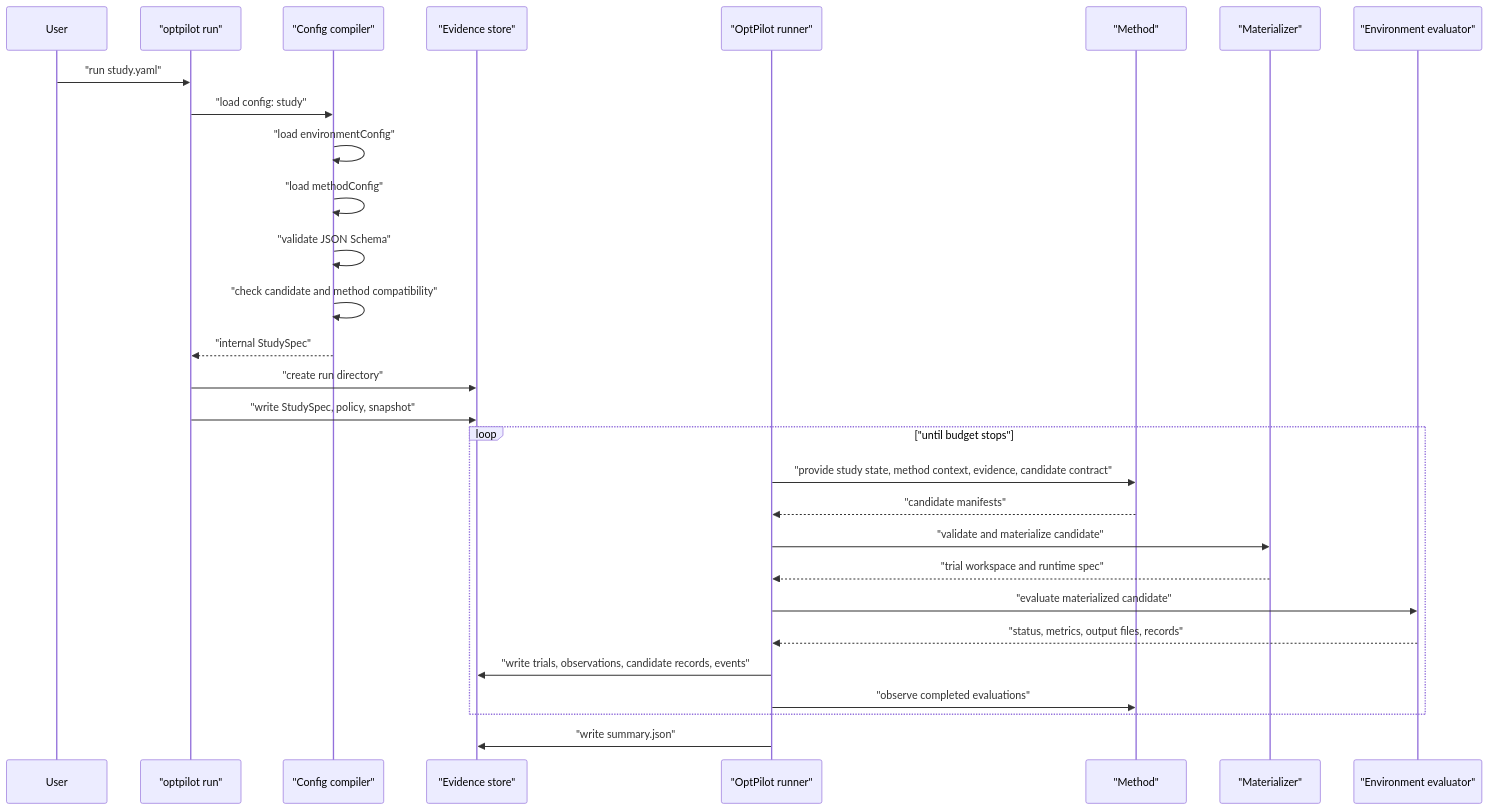
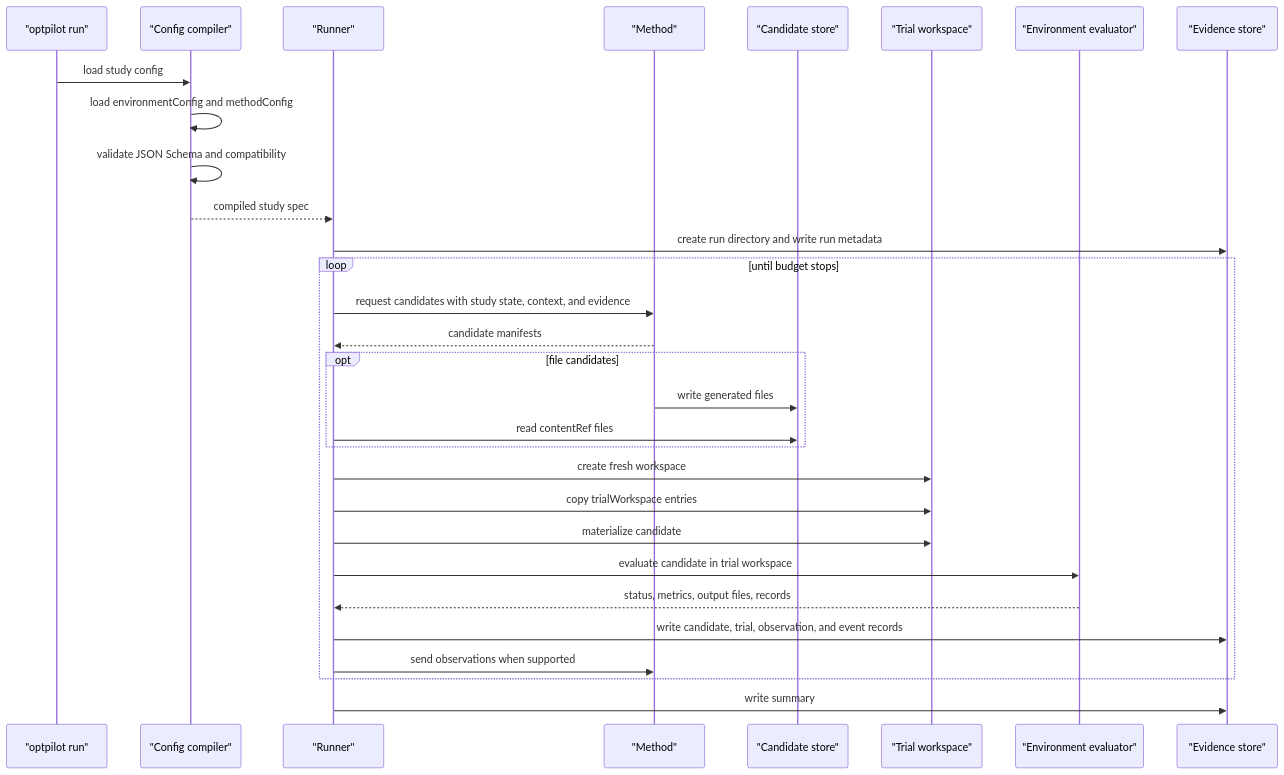
The diagram in docs/how-it-works.md (MINDS-THU/OptPilot), drawn with Mermaid before and after one commit. The commit also changed other lines of this file and 46 other files, not shown here.

````diff
--- a/docs/how-it-works.md
+++ b/docs/how-it-works.md
@@ -13,34 +13,37 @@
 ```mermaid
 sequenceDiagram
-  participant User
   participant CLI as "optpilot run"
   participant Compiler as "Config compiler"
-  participant Store as "Evidence store"
-  participant Runner as "OptPilot runner"
+  participant Runner as "Runner"
   participant Method as "Method"
-  participant Materializer as "Materializer"
+  participant CandidateStore as "Candidate store"
+  participant Trial as "Trial workspace"
   participant Evaluator as "Environment evaluator"
+  participant Evidence as "Evidence store"
 
-  User->>CLI: "run study.yaml"
-  CLI->>Compiler: "load config: study"
-  Compiler->>Compiler: "load environmentConfig"
-  Compiler->>Compiler: "load methodConfig"
-  Compiler->>Compiler: "validate JSON Schema"
-  Compiler->>Compiler: "check candidate and method compatibility"
-  Compiler-->>CLI: "internal StudySpec"
-  CLI->>Store: "create run directory"
-  CLI->>Store: "write StudySpec, policy, snapshot"
+  CLI->>Compiler: load study config
+  Compiler->>Compiler: load environmentConfig and methodConfig
+  Compiler->>Compiler: validate JSON Schema and compatibility
+  Compiler-->>Runner: compiled study spec
+  Runner->>Evidence: create run directory and write run metadata
 
-  loop "until budget stops"
-    Runner->>Method: "provide study state, method context, evidence, candidate contract"
-    Method-->>Runner: "candidate manifests"
-    Runner->>Materializer: "validate and materialize candidate"
-    Materializer-->>Runner: "trial workspace and runtime spec"
-    Runner->>Evaluator: "evaluate materialized candidate"
-    Evaluator-->>Runner: "status, metrics, output files, records"
-    Runner->>Store: "write trials, observations, candidate records, events"
-    Runner->>Method: "observe completed evaluations"
+  loop until budget stops
+    Runner->>Method: request candidates with study state, context, and evidence
+    Method-->>Runner: candidate manifests
+
+    opt file candidates
+      Method->>CandidateStore: write generated files
+      Runner->>CandidateStore: read contentRef files
+    end
+
+    Runner->>Trial: create fresh workspace
+    Runner->>Trial: copy trialWorkspace entries
+    Runner->>Trial: materialize candidate
+    Runner->>Evaluator: evaluate candidate in trial workspace
+    Evaluator-->>Runner: status, metrics, output files, records
+    Runner->>Evidence: write candidate, trial, observation, and event records
+    Runner->>Method: send observations when supported
   end
 
-  Runner->>Store: "write summary.json"
+  Runner->>Evidence: write summary
 ```
````
